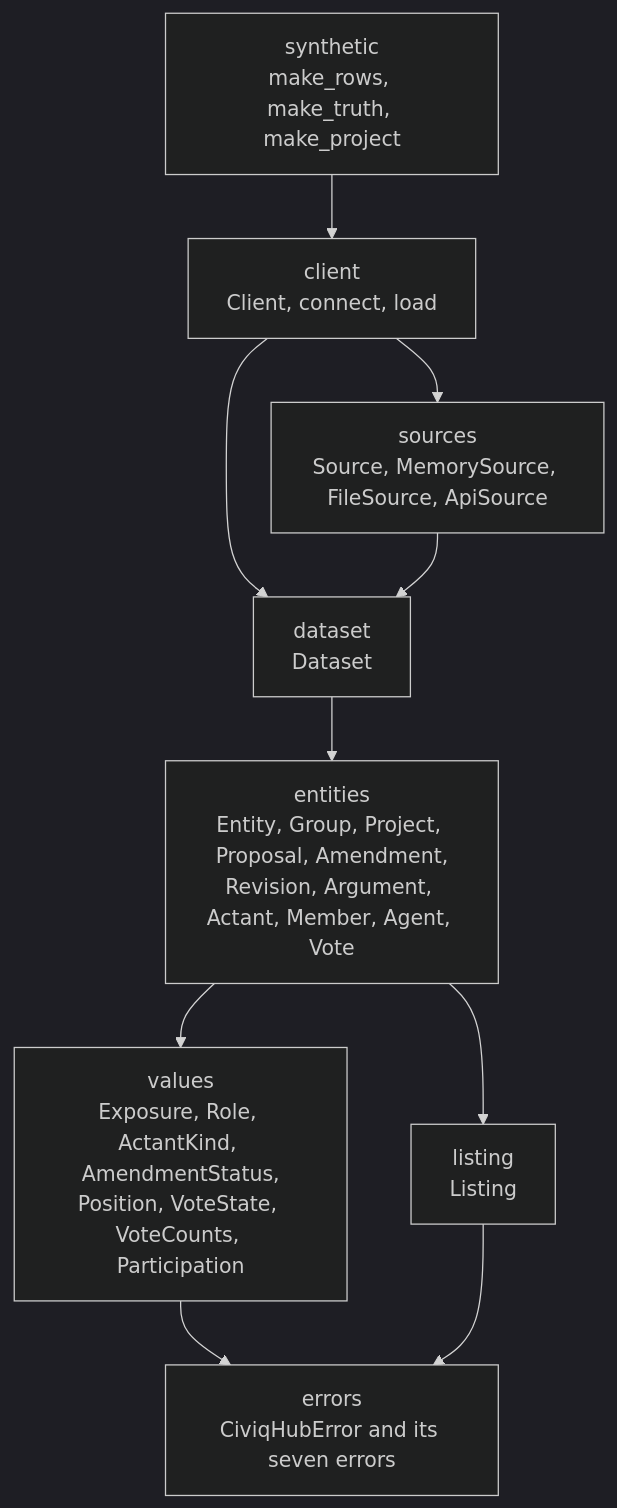
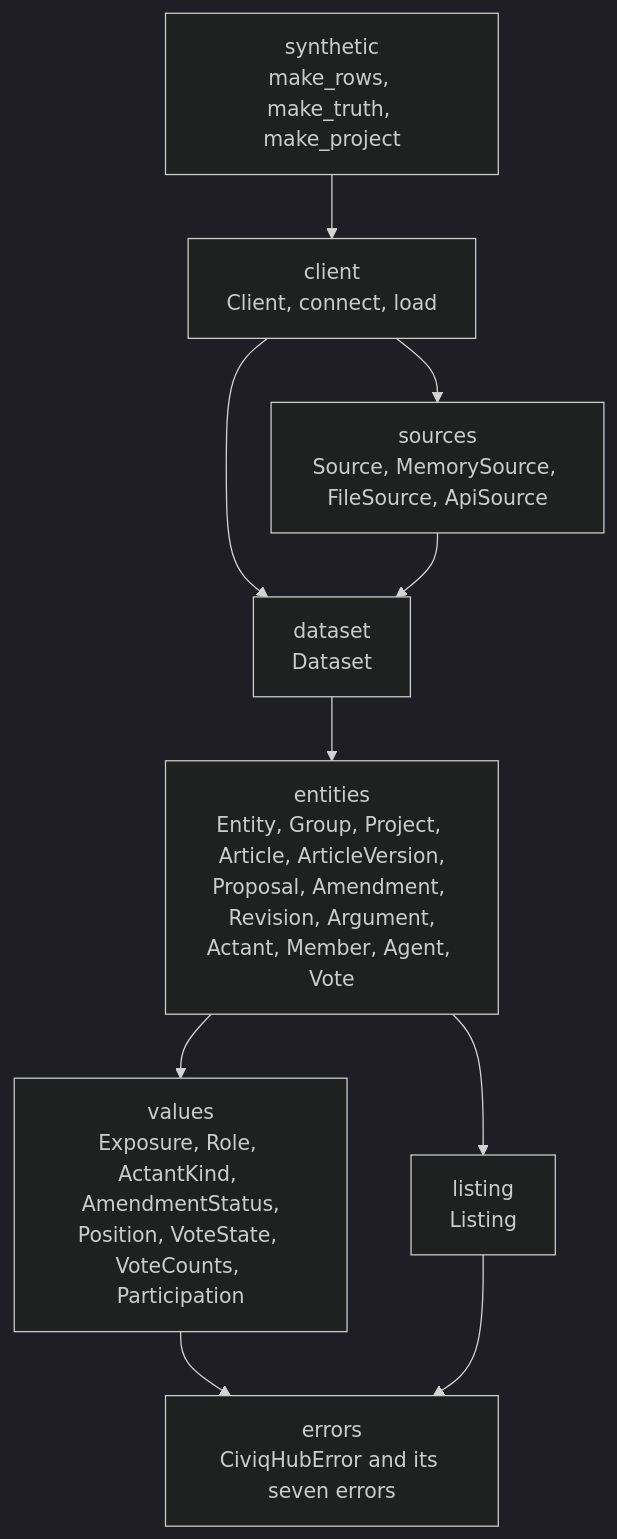
The first of 2 diagrams in docs/architecture.md (civiqhub/civiqhub-py), drawn with Mermaid (dark theme) before and after one commit. The commit also changed other lines of this file and 8 other files, not shown here.

First line of the commit message:
feat(entities): add Article and ArticleVersion

````diff
--- a/docs/architecture.md
+++ b/docs/architecture.md
@@ -16,12 +16,12 @@
 ```mermaid
 flowchart TD
   client["client<br>Client, connect, load"] --> sources["sources<br>Source, MemorySource, FileSource, ApiSource"]
   client --> dataset["dataset<br>Dataset"]
   synthetic["synthetic<br>make_rows, make_truth, make_project"] --> client
   sources --> dataset
-  dataset --> entities["entities<br>Entity, Group, Project, Proposal, Amendment,<br>Revision, Argument, Actant, Member, Agent, Vote"]
+  dataset --> entities["entities<br>Entity, Group, Project, Article, ArticleVersion,<br>Proposal, Amendment, Revision, Argument,<br>Actant, Member, Agent, Vote"]
   entities --> values["values<br>Exposure, Role, ActantKind, AmendmentStatus,<br>Position, VoteState, VoteCounts, Participation"]
   entities --> listing["listing<br>Listing"]
   values --> errors["errors<br>CiviqHubError and its seven errors"]
   listing --> errors
 ```
````
